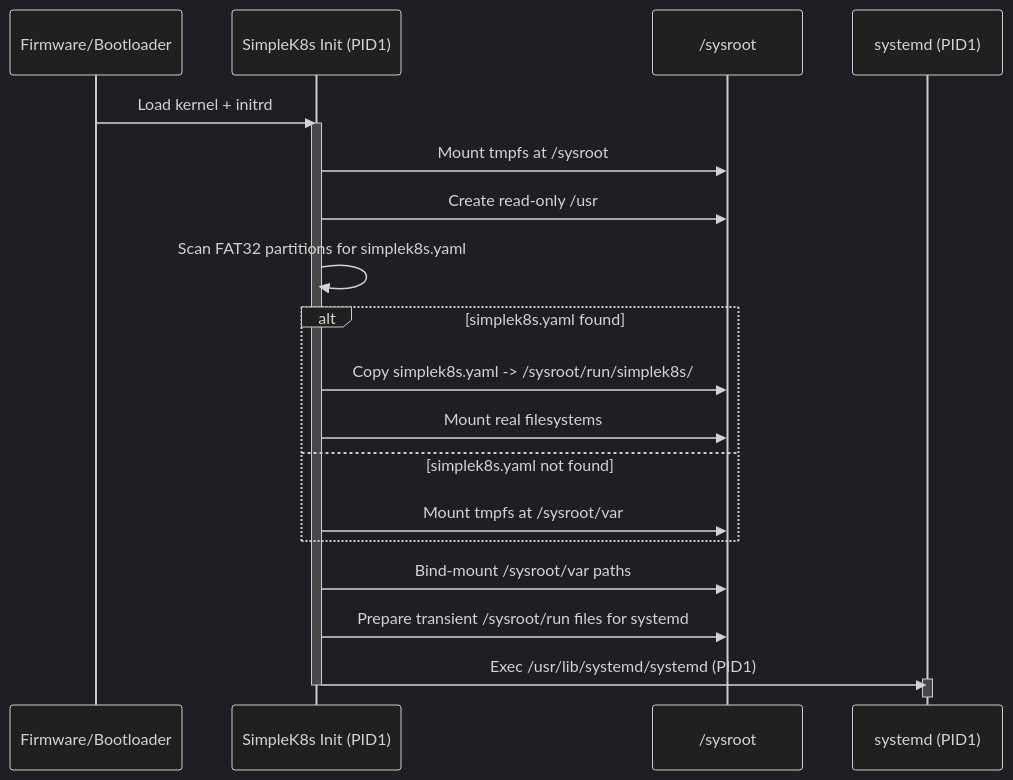
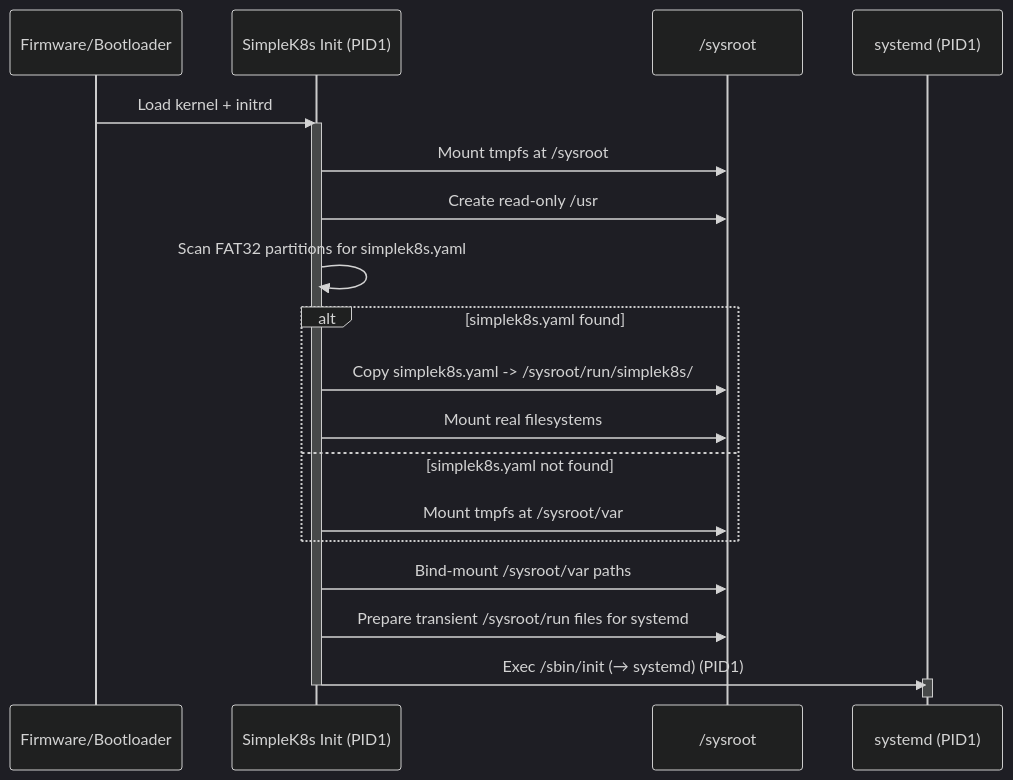
The first of 2 diagrams in docs/boot-sequence.md (simplek8s/simplek8s-init), drawn with Mermaid (dark theme) before and after one commit. The commit also changed other lines of this file and 12 other files, not shown here.

````diff
--- a/docs/boot-sequence.md
+++ b/docs/boot-sequence.md
@@ -27,28 +27,28 @@
 ```mermaid
 sequenceDiagram
     participant FW as Firmware/Bootloader
     participant INITRD as SimpleK8s Init (PID1)
     participant SYSROOT as /sysroot
     participant SYSTEMD as systemd (PID1)
 
     FW->>INITRD: Load kernel + initrd
     activate INITRD
     INITRD->>SYSROOT: Mount tmpfs at /sysroot
     INITRD->>SYSROOT: Create read-only /usr
     INITRD->>INITRD: Scan FAT32 partitions for simplek8s.yaml
 
     alt simplek8s.yaml found
       INITRD->>SYSROOT: Copy simplek8s.yaml -> /sysroot/run/simplek8s/
       INITRD->>SYSROOT: Mount real filesystems
     else simplek8s.yaml not found
       INITRD->>SYSROOT: Mount tmpfs at /sysroot/var
     end
 
     INITRD->>SYSROOT: Bind-mount /sysroot/var paths
     INITRD->>SYSROOT: Prepare transient /sysroot/run files for systemd
-    INITRD->>SYSTEMD: Exec /usr/lib/systemd/systemd (PID1)
+    INITRD->>SYSTEMD: Exec /sbin/init (→ systemd) (PID1)
     deactivate INITRD
 
     activate SYSTEMD
     deactivate SYSTEMD
 ```
````
